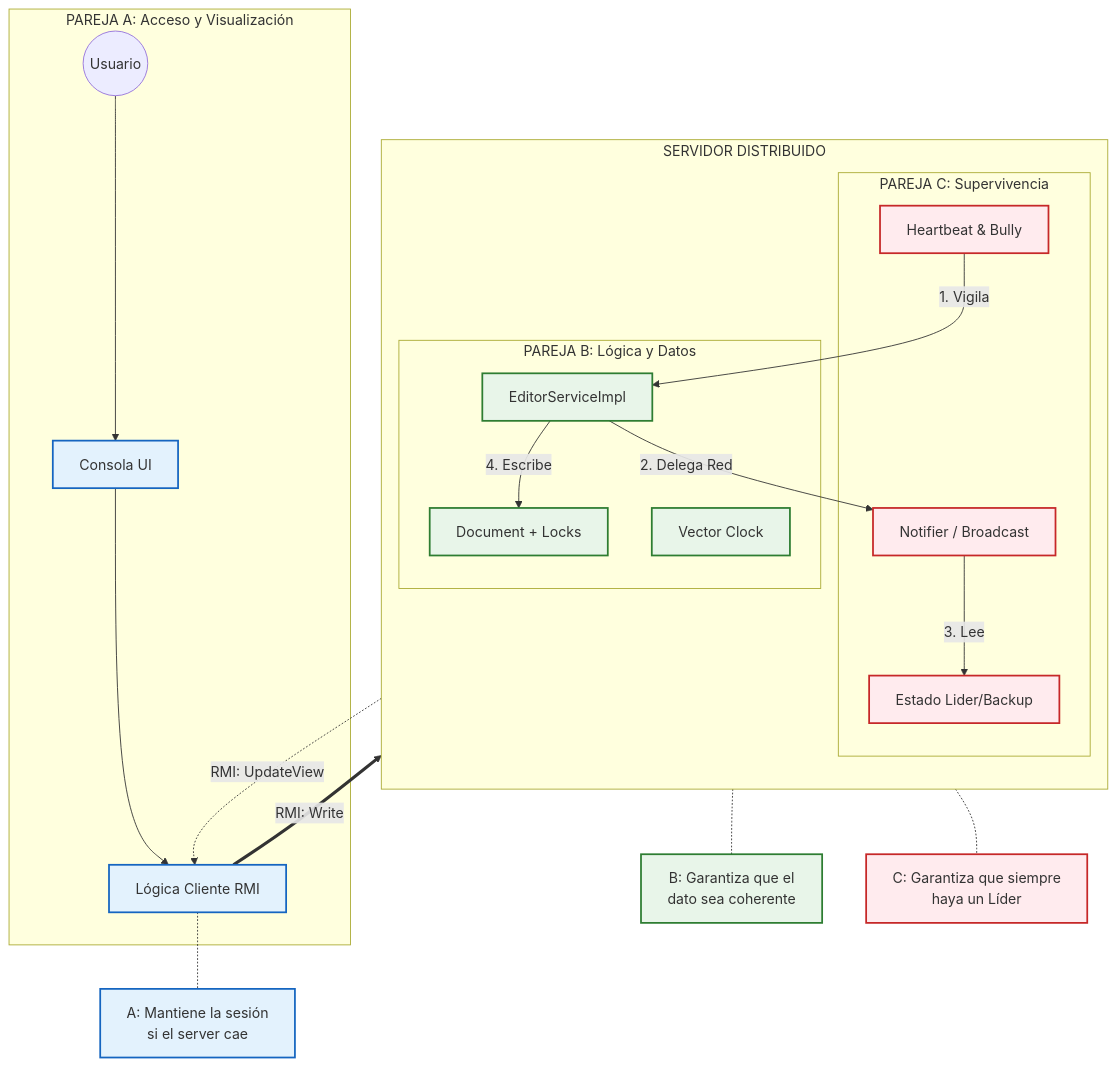
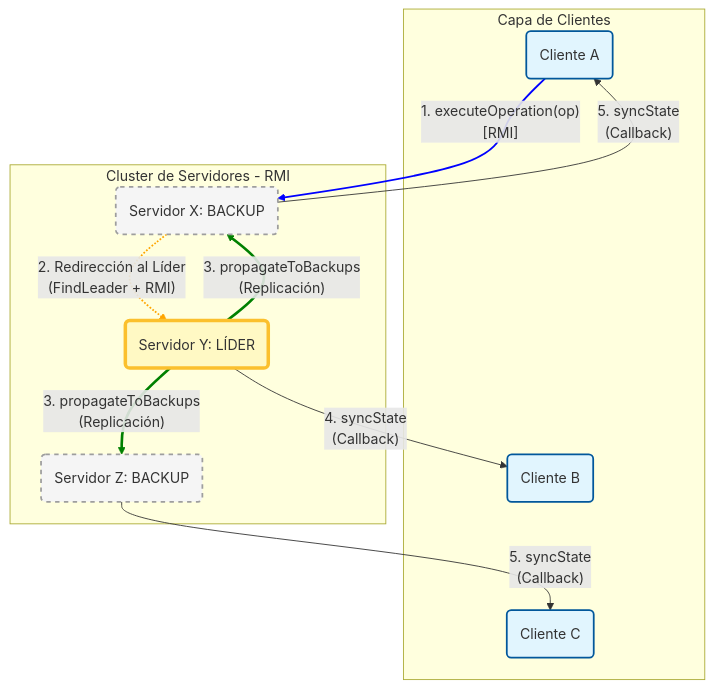
The second of 5 diagrams in README.md (Franpm1/EditorTexto), drawn with Mermaid before and after one commit. The commit also changed other lines of this file and 1 other file, not shown here.

Commit message:
Añadidos diagramas

````diff
--- a/README.md
+++ b/README.md
@@ -18,50 +41,39 @@
-``` mermaid
+```mermaid
 graph TD
-    %% Estilos de las parejas
-    classDef StyleA fill:#e3f2fd,stroke:#1565c0,stroke-width:2px;
-    classDef StyleB fill:#e8f5e9,stroke:#2e7d32,stroke-width:2px;
-    classDef StyleC fill:#ffebee,stroke:#c62828,stroke-width:2px;
-    classDef StyleCommon fill:#fffde7,stroke:#fbc02d,stroke-width:2px,stroke-dasharray: 5 5;
+    %% Estilos para diferenciar roles
+    classDef client fill:#e1f5fe,stroke:#01579b,stroke-width:2px;
+    classDef leader fill:#fff9c4,stroke:#fbc02d,stroke-width:4px;
+    classDef backup fill:#f5f5f5,stroke:#9e9e9e,stroke-width:2px,stroke-dasharray: 5 5;
 
-    subgraph CLIENTE [PAREJA A: Acceso y Visualización]
-        User((Usuario))
-        UI[Consola UI]:::StyleA
-        ClientLogic[Lógica Cliente RMI]:::StyleA
-        User --> UI --> ClientLogic
+    subgraph Nodos_Clientes [Capa de Clientes]
+        C1(Cliente A):::client
+        C2(Cliente B):::client
+        C3(Cliente C):::client
     end
 
-    subgraph SERVIDOR [SERVIDOR DISTRIBUIDO]
-        direction TB
-        
-        subgraph INFRA [PAREJA C: Supervivencia]
-            HB[Heartbeat & Bully]:::StyleC
-            Net[Notifier / Broadcast]:::StyleC
-            State[Estado Lider/Backup]:::StyleC
-        end
-
-        subgraph CORE [PAREJA B: Lógica y Datos]
-            SrvImp[EditorServiceImpl]:::StyleB
-            Doc[Document + Locks]:::StyleB
-            VC[Vector Clock]:::StyleB
-        end
-        
-        %% Conexiones Internas del Servidor
-        HB -- 1. Vigila --> SrvImp
-        SrvImp -- 2. Delega Red --> Net
-        Net -- 3. Lee --> State
-        SrvImp -- 4. Escribe --> Doc
+    subgraph Nodos_Servidores [Cluster de Servidores - RMI]
+        S1(Servidor X: BACKUP):::backup
+        S2(Servidor Y: LÍDER):::leader
+        S3(Servidor Z: BACKUP):::backup
     end
 
-    %% Conexiones Externas
-    ClientLogic == RMI: Write ==> SrvImp
-    Net -.->|RMI: UpdateView| ClientLogic
+    %% 1. ENLACES Y FLUJO DE OPERACIÓN (Escritura desde Backup)
+    C1 -- "1. executeOperation(op) <br/> [RMI]" --> S1
+    
+    %% Redirección al líder
+    S1 -.-> |"2. Redirección al Líder <br/> (FindLeader + RMI)"| S2
 
-    %% Notas explicativas
-    noteA[A: Mantiene la sesión<br/>si el server cae]:::StyleA
-    noteB[B: Garantiza que el<br/>dato sea coherente]:::StyleB
-    noteC[C: Garantiza que siempre<br/>haya un Líder]:::StyleC
+    %% 2. PROPAGACIÓN DE CAMBIOS (Desde el Líder)
+    S2 == "3. propagateToBackups <br/> (Replicación)" ==> S1
+    S2 == "3. propagateToBackups <br/> (Replicación)" ==> S3
 
-    ClientLogic -.- noteA
-    Doc -.- noteB
-    HB -.- noteC
+    %% 3. ACTUALIZACIÓN A CLIENTES (Callbacks)
+    S2 -- "4. syncState <br/> (Callback)" --> C2
+    S1 -- "5. syncState <br/> (Callback)" --> C1
+    S3 -- "5. syncState <br/> (Callback)" --> C3
+
+    %% Nota explicativa
+    linkStyle 0 stroke:blue,stroke-width:2px;
+    linkStyle 1 stroke:orange,stroke-width:2px;
+    linkStyle 2,3 stroke:green,stroke-width:3px;
 ```
````
